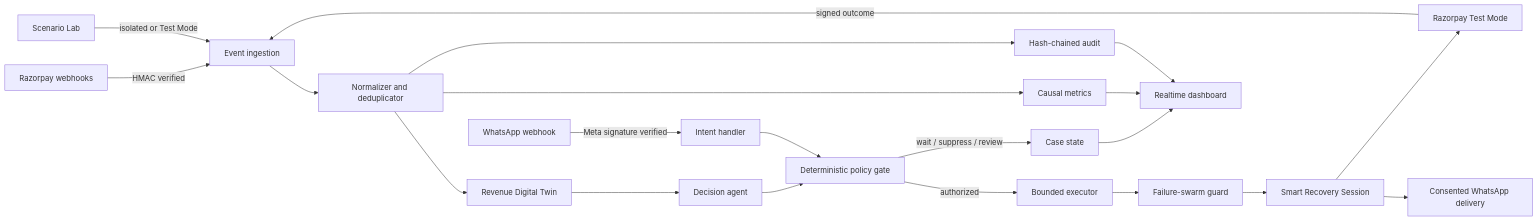
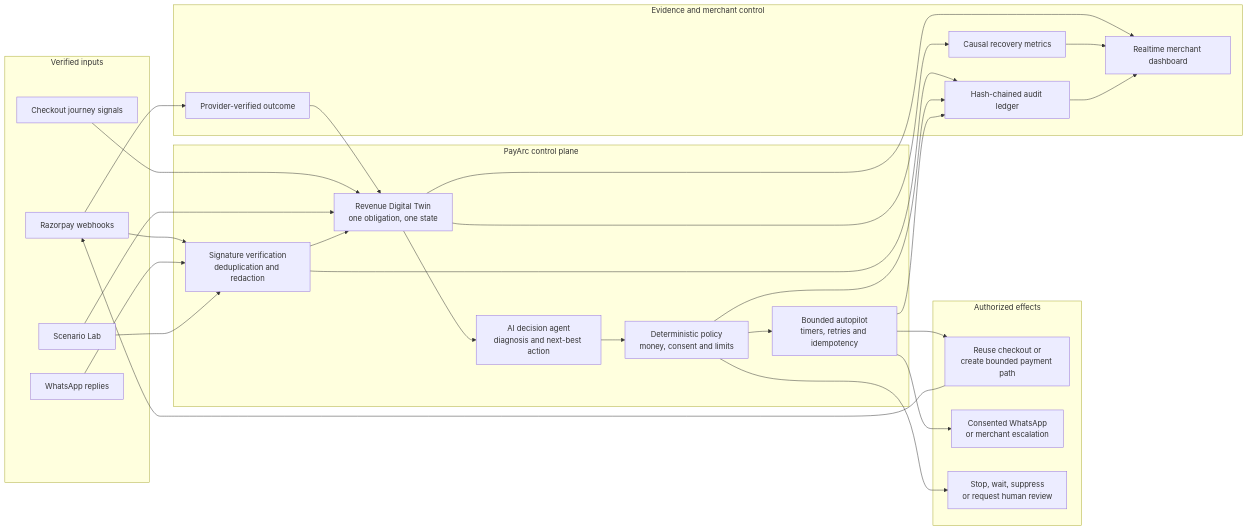
One commit to l0h1nth/PayArc changed the first of 2 diagrams in README.md. Above: the diagram before and after it, drawn with Mermaid. The commit also changed other lines of this file, not shown here.

Commit message:
docs: clarify architecture and revenue pipelines

````diff
--- a/README.md
+++ b/README.md
@@ -75,26 +11,49 @@
 ```mermaid
 flowchart LR
-    RP[Razorpay webhooks] -->|HMAC verified| ING[Event ingestion]
-    LAB[Scenario Lab] -->|isolated or Test Mode| ING
-    WA[WhatsApp webhook] -->|Meta signature verified| INT[Intent handler]
+    subgraph Sources[Verified inputs]
+        RZP[Razorpay webhooks]
+        SDK[Checkout journey signals]
+        WA[WhatsApp replies]
+        LAB[Scenario Lab]
+    end
 
-    ING --> NORM[Normalizer and deduplicator]
-    NORM --> TWIN[Revenue Digital Twin]
-    TWIN --> AGENT[Decision agent]
-    AGENT --> POLICY[Deterministic policy gate]
+    subgraph Control[PayArc control plane]
+        VERIFY[Signature verification<br/>deduplication and redaction]
+        TWIN[Revenue Digital Twin<br/>one obligation, one state]
+        AI[AI decision agent<br/>diagnosis and next-best action]
+        POLICY[Deterministic policy<br/>money, consent and limits]
+        WORKER[Bounded autopilot<br/>timers, retries and idempotency]
+    end
 
-    POLICY -->|wait / suppress / review| STATE[Case state]
-    POLICY -->|authorized| EXEC[Bounded executor]
-    EXEC --> SWARM[Failure-swarm guard]
-    SWARM --> SESSION[Smart Recovery Session]
-    SESSION --> RZP[Razorpay Test Mode]
-    SESSION --> OUT[Consented WhatsApp delivery]
+    subgraph Effects[Authorized effects]
+        PATH[Reuse checkout or<br/>create bounded payment path]
+        MESSAGE[Consented WhatsApp<br/>or merchant escalation]
+        STOP[Stop, wait, suppress<br/>or request human review]
+    end
 
-    INT --> POLICY
-    RZP -->|signed outcome| ING
-    NORM --> METRICS[Causal metrics]
-    NORM --> AUDIT[Hash-chained audit]
-    STATE --> LIVE[Realtime dashboard]
-    METRICS --> LIVE
-    AUDIT --> LIVE
+    subgraph Proof[Evidence and merchant control]
+        OUTCOME[Provider-verified outcome]
+        METRICS[Causal recovery metrics]
+        AUDIT[Hash-chained audit ledger]
+        UI[Realtime merchant dashboard]
+    end
+
+    RZP --> VERIFY
+    WA --> VERIFY
+    SDK --> TWIN
+    LAB --> VERIFY
+    LAB --> TWIN
+    VERIFY --> TWIN --> AI --> POLICY --> WORKER
+    POLICY --> STOP
+    WORKER --> PATH
+    WORKER --> MESSAGE
+    PATH --> RZP
+    RZP --> OUTCOME --> TWIN
+    TWIN --> METRICS
+    VERIFY --> AUDIT
+    POLICY --> AUDIT
+    WORKER --> AUDIT
+    TWIN --> UI
+    METRICS --> UI
+    AUDIT --> UI
 ```
````
